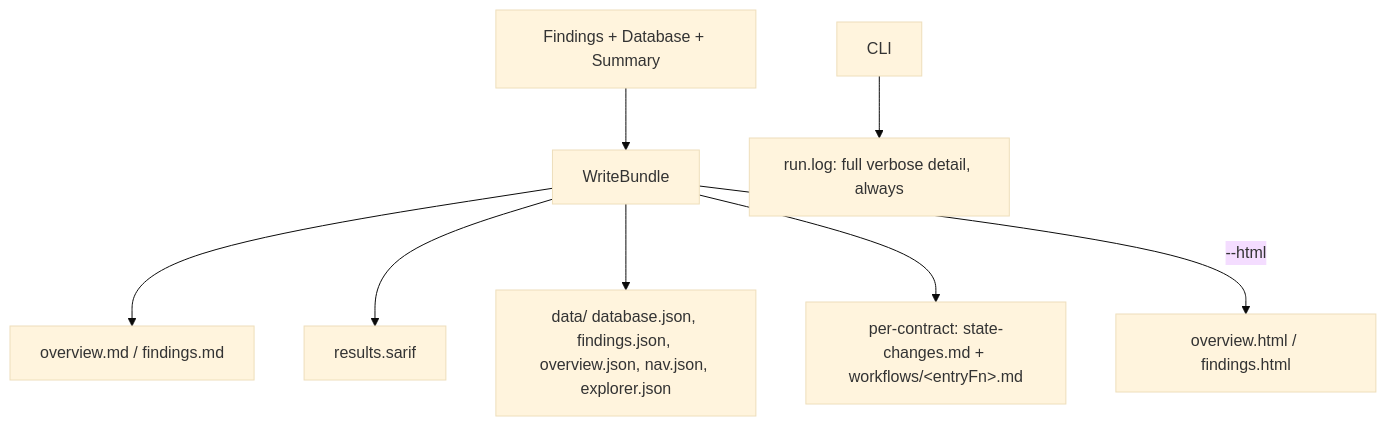
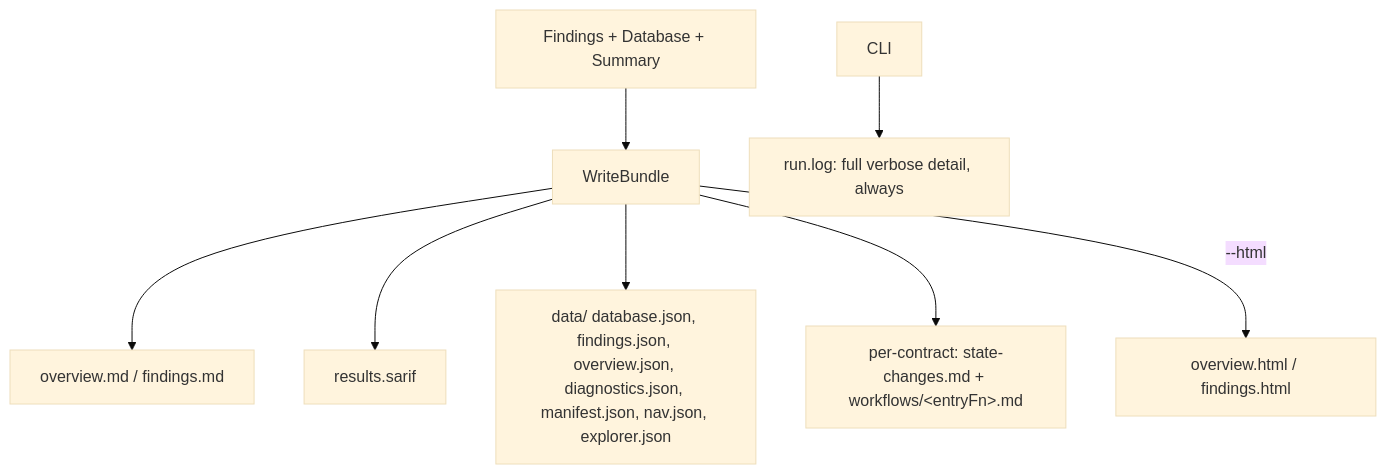
Before and after one commit to th13vn/w3goaudit: the fourth of 8 diagrams in docs/workflows.md, drawn with Mermaid (base theme). The commit also changed other lines of this file and 157 other files, not shown here.

````diff
--- a/docs/workflows.md
+++ b/docs/workflows.md
@@ -210,10 +219,10 @@
 ```mermaid
 graph TD
     A[Findings + Database + Summary] --> B[WriteBundle]
     B --> C[overview.md / findings.md]
     B --> D[results.sarif]
-    B --> E[data/ database.json, findings.json, overview.json, nav.json, explorer.json]
+    B --> E[data/ database.json, findings.json, overview.json, diagnostics.json, manifest.json, nav.json, explorer.json]
     B --> F["per-contract: state-changes.md + workflows/&lt;entryFn&gt;.md"]
     B -->|--html| G[overview.html / findings.html]
     H[CLI] --> I[run.log: full verbose detail, always]
 ```
````
